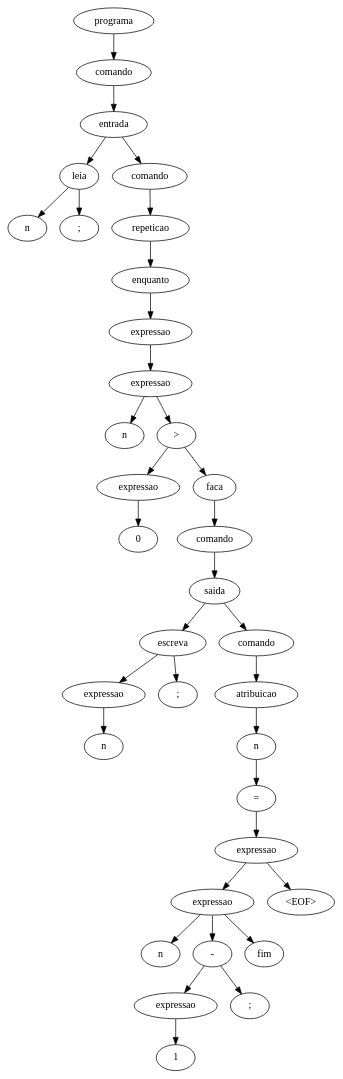
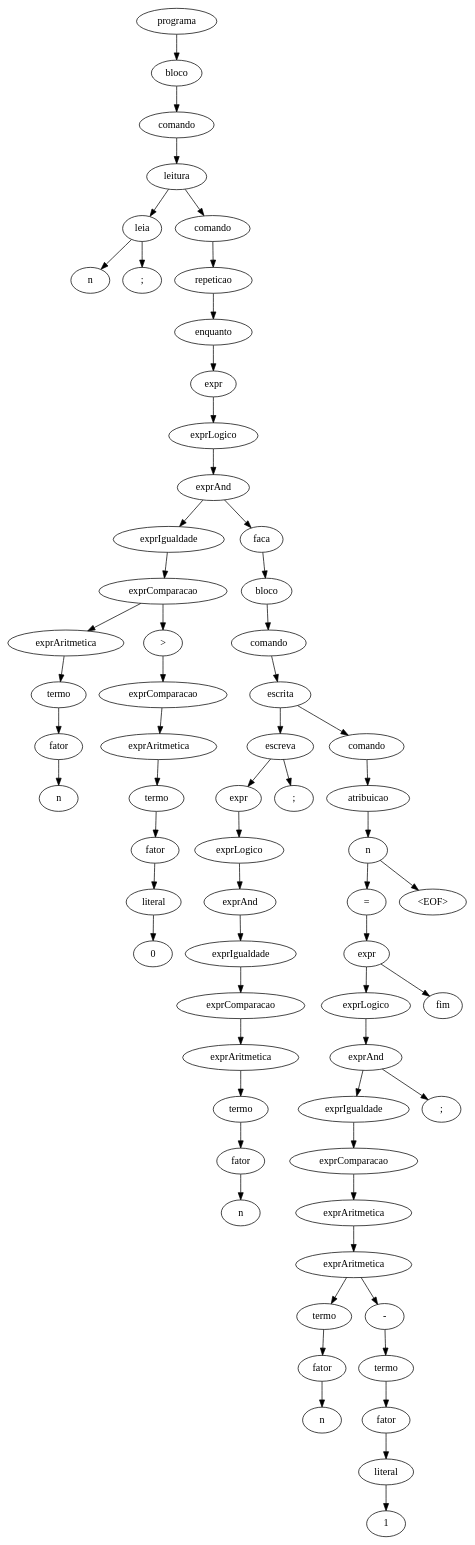
The diagram in compilador/ast.dot (Namem/compiladores), drawn with Graphviz before and after one commit. The commit also changed 20 other files, not shown here.

```diff
--- a/compilador/ast.dot
+++ b/compilador/ast.dot
@@ -1,71 +1,127 @@
 digraph G {
 n0 [label="programa"];
-n1 [label="comando"];
+n1 [label="bloco"];
 n0 -> n1;
-n2 [label="entrada"];
+n2 [label="comando"];
 n1 -> n2;
-n3 [label="leia"];
+n3 [label="leitura"];
 n2 -> n3;
-n4 [label="n"];
+n4 [label="leia"];
 n3 -> n4;
-n5 [label=";"];
-n3 -> n5;
-n6 [label="comando"];
-n2 -> n6;
-n7 [label="repeticao"];
-n6 -> n7;
-n8 [label="enquanto"];
+n5 [label="n"];
+n4 -> n5;
+n6 [label=";"];
+n4 -> n6;
+n7 [label="comando"];
+n3 -> n7;
+n8 [label="repeticao"];
 n7 -> n8;
-n9 [label="expressao"];
+n9 [label="enquanto"];
 n8 -> n9;
-n10 [label="expressao"];
+n10 [label="expr"];
 n9 -> n10;
-n11 [label="n"];
+n11 [label="exprLogico"];
 n10 -> n11;
-n12 [label=">"];
-n10 -> n12;
-n13 [label="expressao"];
+n12 [label="exprAnd"];
+n11 -> n12;
+n13 [label="exprIgualdade"];
 n12 -> n13;
-n14 [label="0"];
+n14 [label="exprComparacao"];
 n13 -> n14;
-n15 [label="faca"];
-n12 -> n15;
-n16 [label="comando"];
+n15 [label="exprAritmetica"];
+n14 -> n15;
+n16 [label="termo"];
 n15 -> n16;
-n17 [label="saida"];
+n17 [label="fator"];
 n16 -> n17;
-n18 [label="escreva"];
+n18 [label="n"];
 n17 -> n18;
-n19 [label="expressao"];
-n18 -> n19;
-n20 [label="n"];
+n19 [label=">"];
+n14 -> n19;
+n20 [label="exprComparacao"];
 n19 -> n20;
-n21 [label=";"];
-n18 -> n21;
-n22 [label="comando"];
-n17 -> n22;
-n23 [label="atribuicao"];
+n21 [label="exprAritmetica"];
+n20 -> n21;
+n22 [label="termo"];
+n21 -> n22;
+n23 [label="fator"];
 n22 -> n23;
-n24 [label="n"];
+n24 [label="literal"];
 n23 -> n24;
-n25 [label="="];
+n25 [label="0"];
 n24 -> n25;
-n26 [label="expressao"];
-n25 -> n26;
-n27 [label="expressao"];
+n26 [label="faca"];
+n12 -> n26;
+n27 [label="bloco"];
 n26 -> n27;
-n28 [label="n"];
+n28 [label="comando"];
 n27 -> n28;
-n29 [label="-"];
-n27 -> n29;
-n30 [label="expressao"];
+n29 [label="escrita"];
+n28 -> n29;
+n30 [label="escreva"];
 n29 -> n30;
-n31 [label="1"];
+n31 [label="expr"];
 n30 -> n31;
-n32 [label=";"];
-n29 -> n32;
-n33 [label="fim"];
-n27 -> n33;
-n34 [label="<EOF>"];
-n26 -> n34;
+n32 [label="exprLogico"];
+n31 -> n32;
+n33 [label="exprAnd"];
+n32 -> n33;
+n34 [label="exprIgualdade"];
+n33 -> n34;
+n35 [label="exprComparacao"];
+n34 -> n35;
+n36 [label="exprAritmetica"];
+n35 -> n36;
+n37 [label="termo"];
+n36 -> n37;
+n38 [label="fator"];
+n37 -> n38;
+n39 [label="n"];
+n38 -> n39;
+n40 [label=";"];
+n30 -> n40;
+n41 [label="comando"];
+n29 -> n41;
+n42 [label="atribuicao"];
+n41 -> n42;
+n43 [label="n"];
+n42 -> n43;
+n44 [label="="];
+n43 -> n44;
+n45 [label="expr"];
+n44 -> n45;
+n46 [label="exprLogico"];
+n45 -> n46;
+n47 [label="exprAnd"];
+n46 -> n47;
+n48 [label="exprIgualdade"];
+n47 -> n48;
+n49 [label="exprComparacao"];
+n48 -> n49;
+n50 [label="exprAritmetica"];
+n49 -> n50;
+n51 [label="exprAritmetica"];
+n50 -> n51;
+n52 [label="termo"];
+n51 -> n52;
+n53 [label="fator"];
+n52 -> n53;
+n54 [label="n"];
+n53 -> n54;
+n55 [label="-"];
+n51 -> n55;
+n56 [label="termo"];
+n55 -> n56;
+n57 [label="fator"];
+n56 -> n57;
+n58 [label="literal"];
+n57 -> n58;
+n59 [label="1"];
+n58 -> n59;
+n60 [label=";"];
+n47 -> n60;
+n61 [label="fim"];
+n45 -> n61;
+n62 [label="<EOF>"];
+n43 -> n62;
 }
```
